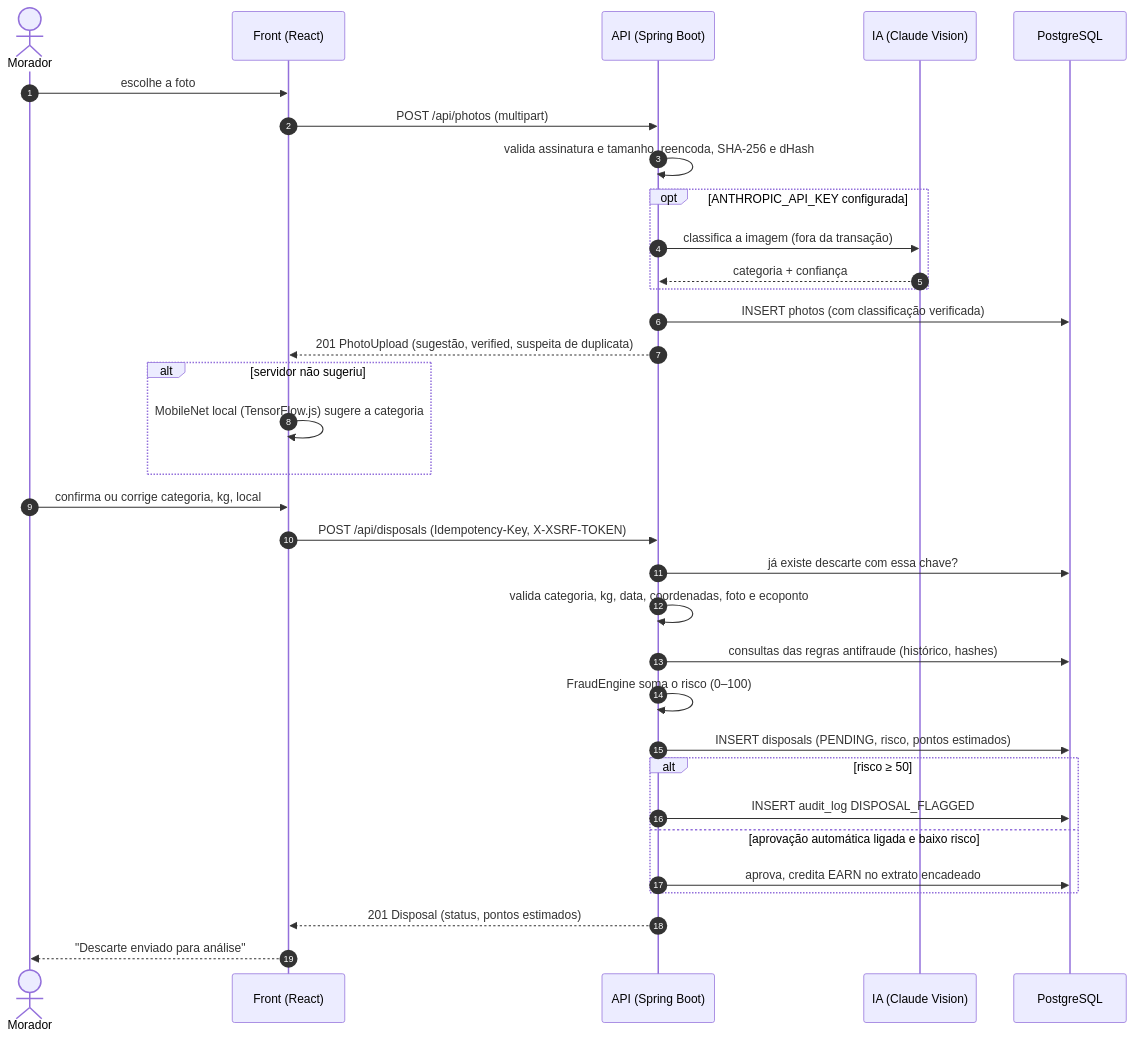
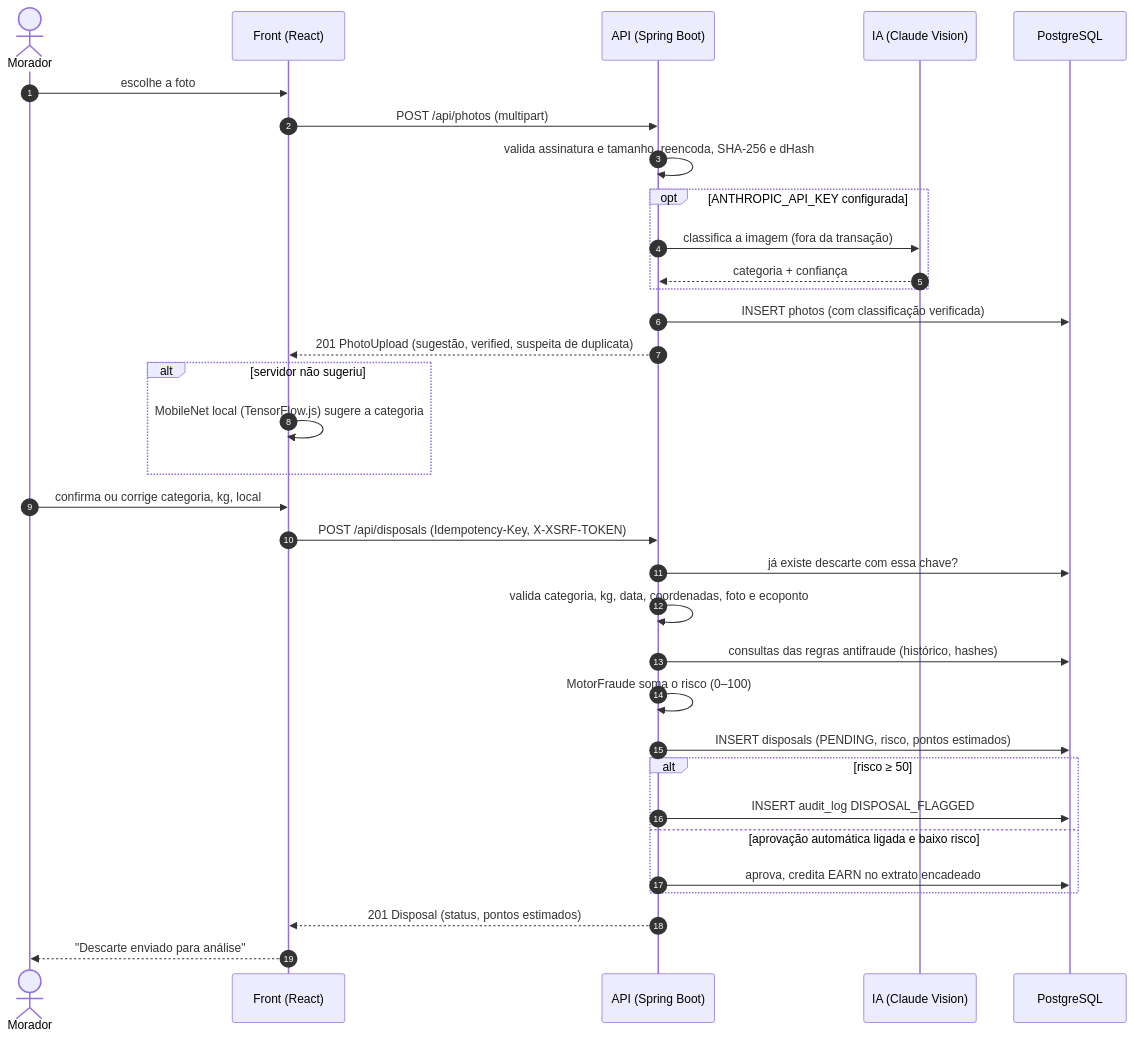
One commit to Leandro-Rafael/ExpoTech2.0_2026 changed the diagram in docs/diagramas/src/seq-descarte.mmd. Above: the diagram before and after it, drawn with Mermaid. The commit also changed 22 other files, not shown here.

Commit message:
Docs: guia de UML (casos de uso, classes, sequência) e nomes de classes atualizados

```diff
--- a/docs/diagramas/src/seq-descarte.mmd
+++ b/docs/diagramas/src/seq-descarte.mmd
@@ -1,34 +1,34 @@
 sequenceDiagram
     autonumber
     actor M as Morador
     participant F as Front (React)
     participant A as API (Spring Boot)
     participant IA as IA (Claude Vision)
     participant D as PostgreSQL
 
     M->>F: escolhe a foto
     F->>A: POST /api/photos (multipart)
     A->>A: valida assinatura e tamanho, reencoda, SHA-256 e dHash
     opt ANTHROPIC_API_KEY configurada
         A->>IA: classifica a imagem (fora da transação)
         IA-->>A: categoria + confiança
     end
     A->>D: INSERT photos (com classificação verificada)
     A-->>F: 201 PhotoUpload (sugestão, verified, suspeita de duplicata)
     alt servidor não sugeriu
         F->>F: MobileNet local (TensorFlow.js) sugere a categoria
     end
     M->>F: confirma ou corrige categoria, kg, local
     F->>A: POST /api/disposals (Idempotency-Key, X-XSRF-TOKEN)
     A->>D: já existe descarte com essa chave?
     A->>A: valida categoria, kg, data, coordenadas, foto e ecoponto
     A->>D: consultas das regras antifraude (histórico, hashes)
-    A->>A: FraudEngine soma o risco (0–100)
+    A->>A: MotorFraude soma o risco (0–100)
     A->>D: INSERT disposals (PENDING, risco, pontos estimados)
     alt risco ≥ 50
         A->>D: INSERT audit_log DISPOSAL_FLAGGED
     else aprovação automática ligada e baixo risco
         A->>D: aprova, credita EARN no extrato encadeado
     end
     A-->>F: 201 Disposal (status, pontos estimados)
     F-->>M: "Descarte enviado para análise"
```
